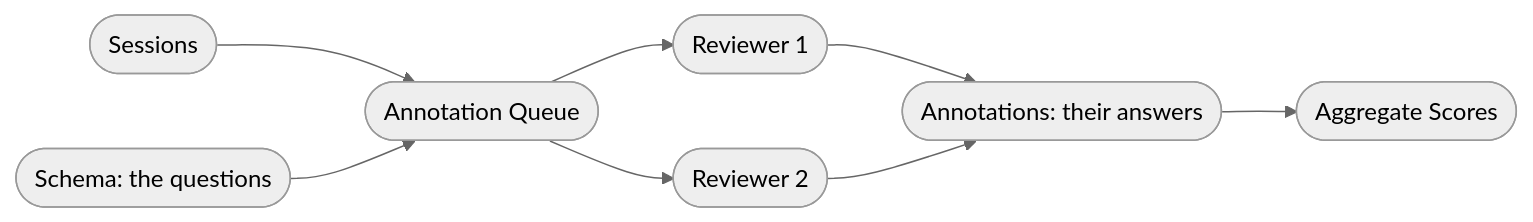
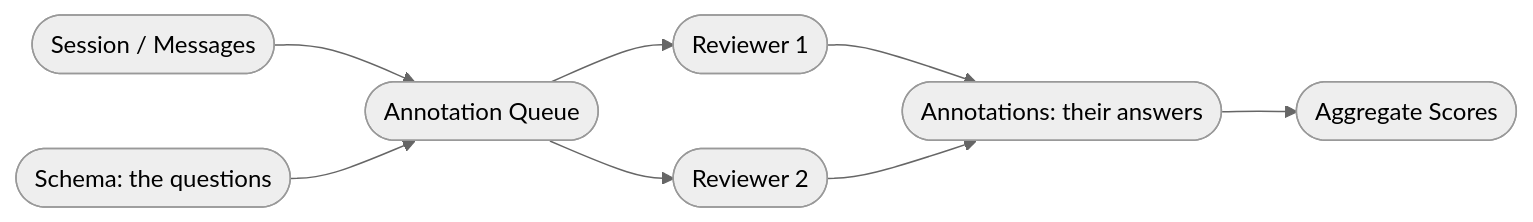
Before and after one commit to dimagi/open-chat-studio-docs: the diagram in docs/concepts/annotations/index.md, drawn with Mermaid (neutral theme). The commit also changed other lines of this file and 3 other files, not shown here.

Commit message:
Review fixes: Sessions & Messages for items, "Num reviewers required" accuracy, More internal links

````diff
--- a/docs/concepts/annotations/index.md
+++ b/docs/concepts/annotations/index.md
@@ -28,10 +28,10 @@
 ```mermaid
 flowchart LR
-    sessions([Sessions]) --> queue([Annotation Queue])
+    sessions([Session / Messages]) --> queue([Annotation Queue])
     schema([Schema: the questions]) --> queue
     queue --> reviewer1([Reviewer 1])
     queue --> reviewer2([Reviewer 2])
     reviewer1 --> annotation([Annotations: their answers])
     reviewer2 --> annotation
     annotation --> aggregates([Aggregate Scores])
 ```
````
